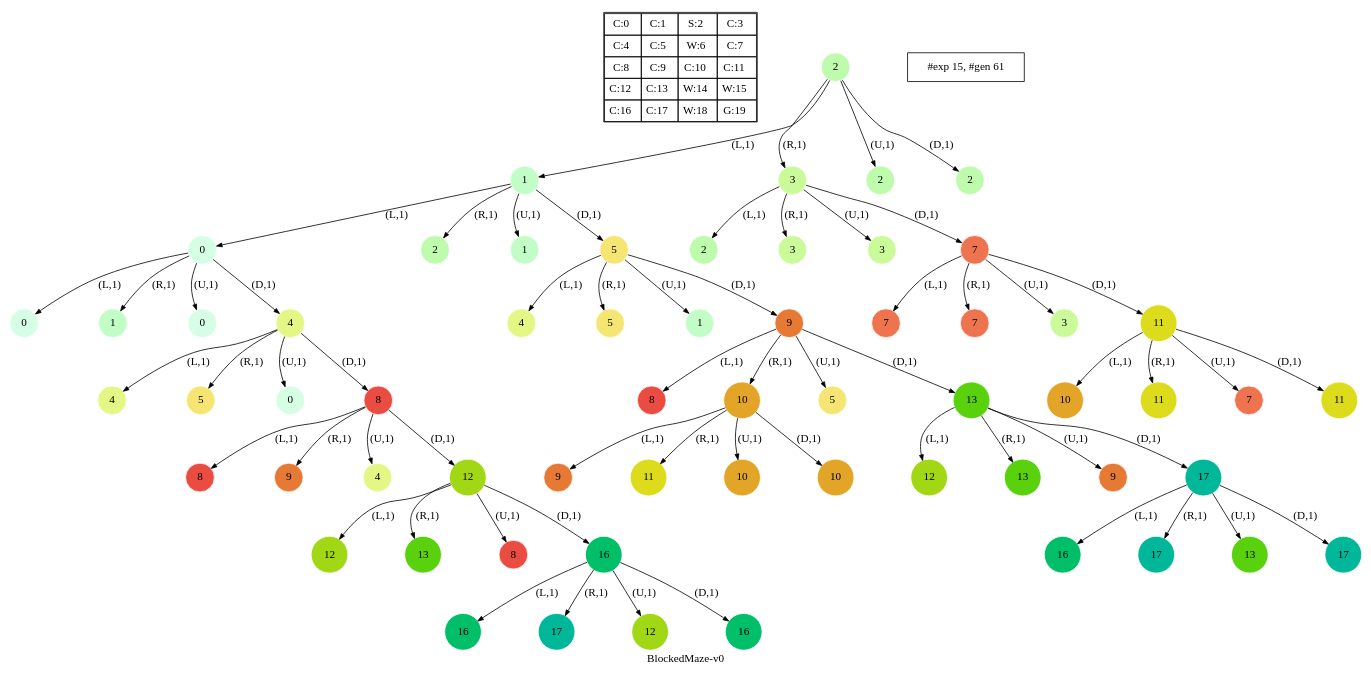
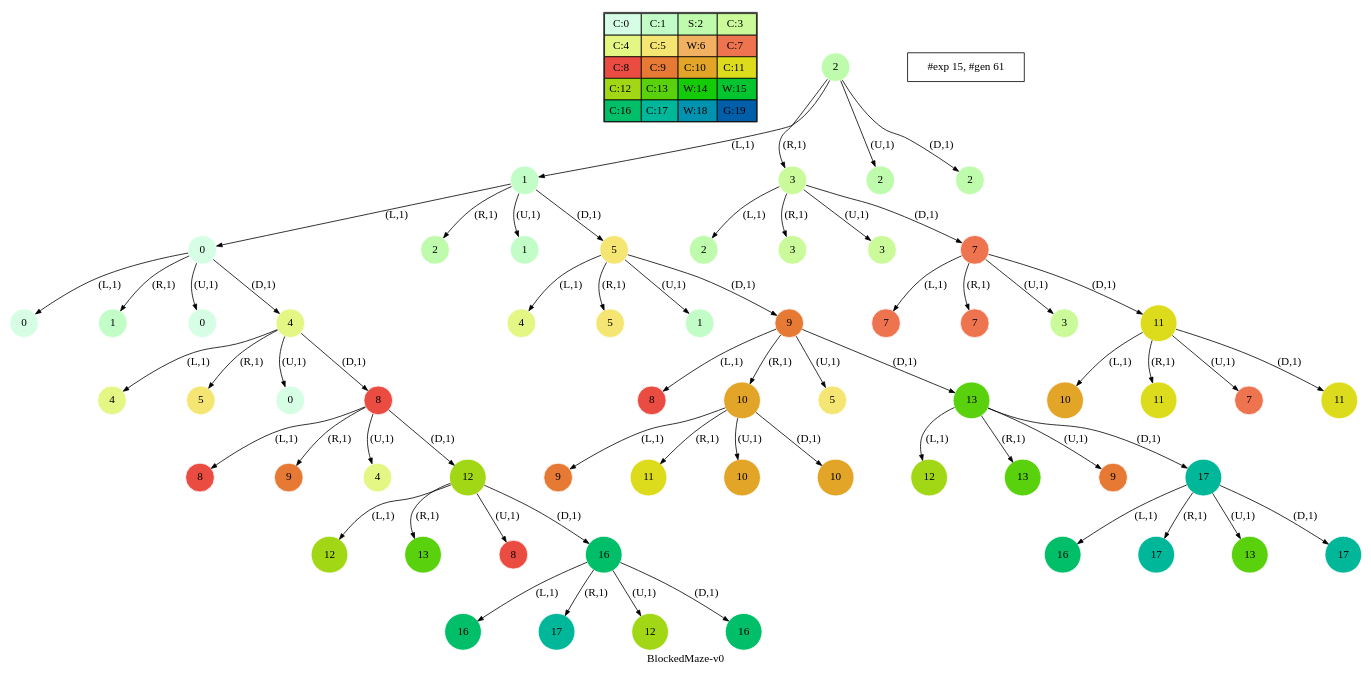
The diagram in viz/public/artifacts/gs/dot/BlockedMaze-v0_ucs.dot (blasco991/AI), drawn with Graphviz before and after one commit. The commit also changed 47 other files, not shown here.

```diff
--- a/viz/public/artifacts/gs/dot/BlockedMaze-v0_ucs.dot
+++ b/viz/public/artifacts/gs/dot/BlockedMaze-v0_ucs.dot
@@ -1,65 +1,65 @@
 digraph BlockedMaze { label="BlockedMaze-v0"
-subgraph MAP {label=Map;map [shape=plaintext label=<<table border="1" cellpadding="5" cellspacing="0" cellborder="1"><tr><td>C:0</td><td>C:1</td><td>S:2</td><td>C:3</td></tr><tr><td>C:4</td><td>C:5</td><td>W:6</td><td>C:7</td></tr><tr><td>C:8</td><td>C:9</td><td>C:10</td><td>C:11</td></tr><tr><td>C:12</td><td>C:13</td><td>W:14</td><td>W:15</td></tr><tr><td>C:16</td><td>C:17</td><td>W:18</td><td>G:19</td></tr></table>>]} 
+subgraph MAP {label=Map;map [shape=plaintext label=<<table border="1" cellpadding="5" cellspacing="0" cellborder="1"><tr><td bgcolor="0.39803922 0.15947579 0.99679532 1.        ">C:0</td><td bgcolor="0.35098039 0.23194764 0.99315867 1.        ">C:1</td><td bgcolor="0.29607843 0.31486959 0.98720184 1.        ">S:2</td><td bgcolor="0.24901961 0.38410575 0.98063477 1.        ">C:3</td></tr><tr><td bgcolor="0.19411765 0.46220388 0.97128103 1.        ">C:4</td><td bgcolor="0.14705882 0.52643216 0.96182564 1.        ">C:5</td><td bgcolor="0.09215686 0.59770746 0.94913494 1.        ">W:6</td><td bgcolor="0.0372549  0.66454018 0.93467977 1.        ">C:7</td></tr><tr><td bgcolor="0.00980392 0.71791192 0.92090552 1.        ">C:8</td><td bgcolor="0.06470588 0.77520398 0.9032472  1.        ">C:9</td><td bgcolor="0.11176471 0.81974048 0.88677369 1.        ">C:10</td><td bgcolor="0.16666667 0.8660254  0.8660254  1.        ">C:11</td></tr><tr><td bgcolor="0.21372549 0.9005867  0.84695821 1.        ">C:12</td><td bgcolor="0.26862745 0.93467977 0.82325295 1.        ">C:13</td><td bgcolor="0.32352941 0.96182564 0.79801723 1.        ">W:14</td><td bgcolor="0.37058824 0.97940977 0.77520398 1.        ">W:15</td></tr><tr><td bgcolor="0.4254902  0.99315867 0.74725253 1.        ">C:16</td><td bgcolor="0.47254902 0.99907048 0.72218645 1.        ">C:17</td><td bgcolor="0.52745098 0.99907048 0.69169844 1.        ">W:18</td><td bgcolor="0.5745098  0.99315867 0.66454018 1.        ">G:19</td></tr></table>>]} 
 nodesep=1 ranksep=0.5 node [shape=circle] edge [arrowsize=0.7] 
 "0_2" [label=2 style=filled color=white  fillcolor="0.29607843 0.31486959 0.98720184 1.        "]; 
 "0_2.1-0" [label=1 style=filled color=white  fillcolor="0.35098039 0.23194764 0.99315867 1.        "];  "0_2" -> "0_2.1-0" [label="(L,1)" ]; 
 "0_2.3-1" [label=3 style=filled color=white  fillcolor="0.24901961 0.38410575 0.98063477 1.        "];  "0_2" -> "0_2.3-1" [label="(R,1)" ]; 
 "0_2.2-2" [label=2 style=filled color=white  fillcolor="0.29607843 0.31486959 0.98720184 1.        "];  "0_2" -> "0_2.2-2" [label="(U,1)" ]; 
 "0_2.2-3" [label=2 style=filled color=white  fillcolor="0.29607843 0.31486959 0.98720184 1.        "];  "0_2" -> "0_2.2-3" [label="(D,1)" ]; 
 "0_2.1.0-0" [label=0 style=filled color=white  fillcolor="0.39803922 0.15947579 0.99679532 1.        "];  "0_2.1-0" -> "0_2.1.0-0" [label="(L,1)" ]; 
 "0_2.1.2-1" [label=2 style=filled color=white  fillcolor="0.29607843 0.31486959 0.98720184 1.        "];  "0_2.1-0" -> "0_2.1.2-1" [label="(R,1)" ]; 
 "0_2.1.1-2" [label=1 style=filled color=white  fillcolor="0.35098039 0.23194764 0.99315867 1.        "];  "0_2.1-0" -> "0_2.1.1-2" [label="(U,1)" ]; 
 "0_2.1.5-3" [label=5 style=filled color=white  fillcolor="0.14705882 0.52643216 0.96182564 1.        "];  "0_2.1-0" -> "0_2.1.5-3" [label="(D,1)" ]; 
 "0_2.3.2-0" [label=2 style=filled color=white  fillcolor="0.29607843 0.31486959 0.98720184 1.        "];  "0_2.3-1" -> "0_2.3.2-0" [label="(L,1)" ]; 
 "0_2.3.3-1" [label=3 style=filled color=white  fillcolor="0.24901961 0.38410575 0.98063477 1.        "];  "0_2.3-1" -> "0_2.3.3-1" [label="(R,1)" ]; 
 "0_2.3.3-2" [label=3 style=filled color=white  fillcolor="0.24901961 0.38410575 0.98063477 1.        "];  "0_2.3-1" -> "0_2.3.3-2" [label="(U,1)" ]; 
 "0_2.3.7-3" [label=7 style=filled color=white  fillcolor="0.0372549  0.66454018 0.93467977 1.        "];  "0_2.3-1" -> "0_2.3.7-3" [label="(D,1)" ]; 
 "0_2.1.0.0-0" [label=0 style=filled color=white  fillcolor="0.39803922 0.15947579 0.99679532 1.        "];  "0_2.1.0-0" -> "0_2.1.0.0-0" [label="(L,1)" ]; 
 "0_2.1.0.1-1" [label=1 style=filled color=white  fillcolor="0.35098039 0.23194764 0.99315867 1.        "];  "0_2.1.0-0" -> "0_2.1.0.1-1" [label="(R,1)" ]; 
 "0_2.1.0.0-2" [label=0 style=filled color=white  fillcolor="0.39803922 0.15947579 0.99679532 1.        "];  "0_2.1.0-0" -> "0_2.1.0.0-2" [label="(U,1)" ]; 
 "0_2.1.0.4-3" [label=4 style=filled color=white  fillcolor="0.19411765 0.46220388 0.97128103 1.        "];  "0_2.1.0-0" -> "0_2.1.0.4-3" [label="(D,1)" ]; 
 "0_2.1.5.4-0" [label=4 style=filled color=white  fillcolor="0.19411765 0.46220388 0.97128103 1.        "];  "0_2.1.5-3" -> "0_2.1.5.4-0" [label="(L,1)" ]; 
 "0_2.1.5.5-1" [label=5 style=filled color=white  fillcolor="0.14705882 0.52643216 0.96182564 1.        "];  "0_2.1.5-3" -> "0_2.1.5.5-1" [label="(R,1)" ]; 
 "0_2.1.5.1-2" [label=1 style=filled color=white  fillcolor="0.35098039 0.23194764 0.99315867 1.        "];  "0_2.1.5-3" -> "0_2.1.5.1-2" [label="(U,1)" ]; 
 "0_2.1.5.9-3" [label=9 style=filled color=white  fillcolor="0.06470588 0.77520398 0.9032472  1.        "];  "0_2.1.5-3" -> "0_2.1.5.9-3" [label="(D,1)" ]; 
 "0_2.3.7.7-0" [label=7 style=filled color=white  fillcolor="0.0372549  0.66454018 0.93467977 1.        "];  "0_2.3.7-3" -> "0_2.3.7.7-0" [label="(L,1)" ]; 
 "0_2.3.7.7-1" [label=7 style=filled color=white  fillcolor="0.0372549  0.66454018 0.93467977 1.        "];  "0_2.3.7-3" -> "0_2.3.7.7-1" [label="(R,1)" ]; 
 "0_2.3.7.3-2" [label=3 style=filled color=white  fillcolor="0.24901961 0.38410575 0.98063477 1.        "];  "0_2.3.7-3" -> "0_2.3.7.3-2" [label="(U,1)" ]; 
 "0_2.3.7.11-3" [label=11 style=filled color=white  fillcolor="0.16666667 0.8660254  0.8660254  1.        "];  "0_2.3.7-3" -> "0_2.3.7.11-3" [label="(D,1)" ]; 
 "0_2.1.0.4.4-0" [label=4 style=filled color=white  fillcolor="0.19411765 0.46220388 0.97128103 1.        "];  "0_2.1.0.4-3" -> "0_2.1.0.4.4-0" [label="(L,1)" ]; 
 "0_2.1.0.4.5-1" [label=5 style=filled color=white  fillcolor="0.14705882 0.52643216 0.96182564 1.        "];  "0_2.1.0.4-3" -> "0_2.1.0.4.5-1" [label="(R,1)" ]; 
 "0_2.1.0.4.0-2" [label=0 style=filled color=white  fillcolor="0.39803922 0.15947579 0.99679532 1.        "];  "0_2.1.0.4-3" -> "0_2.1.0.4.0-2" [label="(U,1)" ]; 
 "0_2.1.0.4.8-3" [label=8 style=filled color=white  fillcolor="0.00980392 0.71791192 0.92090552 1.        "];  "0_2.1.0.4-3" -> "0_2.1.0.4.8-3" [label="(D,1)" ]; 
 "0_2.1.5.9.8-0" [label=8 style=filled color=white  fillcolor="0.00980392 0.71791192 0.92090552 1.        "];  "0_2.1.5.9-3" -> "0_2.1.5.9.8-0" [label="(L,1)" ]; 
 "0_2.1.5.9.10-1" [label=10 style=filled color=white  fillcolor="0.11176471 0.81974048 0.88677369 1.        "];  "0_2.1.5.9-3" -> "0_2.1.5.9.10-1" [label="(R,1)" ]; 
 "0_2.1.5.9.5-2" [label=5 style=filled color=white  fillcolor="0.14705882 0.52643216 0.96182564 1.        "];  "0_2.1.5.9-3" -> "0_2.1.5.9.5-2" [label="(U,1)" ]; 
 "0_2.1.5.9.13-3" [label=13 style=filled color=white  fillcolor="0.26862745 0.93467977 0.82325295 1.        "];  "0_2.1.5.9-3" -> "0_2.1.5.9.13-3" [label="(D,1)" ]; 
 "0_2.3.7.11.10-0" [label=10 style=filled color=white  fillcolor="0.11176471 0.81974048 0.88677369 1.        "];  "0_2.3.7.11-3" -> "0_2.3.7.11.10-0" [label="(L,1)" ]; 
 "0_2.3.7.11.11-1" [label=11 style=filled color=white  fillcolor="0.16666667 0.8660254  0.8660254  1.        "];  "0_2.3.7.11-3" -> "0_2.3.7.11.11-1" [label="(R,1)" ]; 
 "0_2.3.7.11.7-2" [label=7 style=filled color=white  fillcolor="0.0372549  0.66454018 0.93467977 1.        "];  "0_2.3.7.11-3" -> "0_2.3.7.11.7-2" [label="(U,1)" ]; 
 "0_2.3.7.11.11-3" [label=11 style=filled color=white  fillcolor="0.16666667 0.8660254  0.8660254  1.        "];  "0_2.3.7.11-3" -> "0_2.3.7.11.11-3" [label="(D,1)" ]; 
 "0_2.1.5.9.10.9-0" [label=9 style=filled color=white  fillcolor="0.06470588 0.77520398 0.9032472  1.        "];  "0_2.1.5.9.10-1" -> "0_2.1.5.9.10.9-0" [label="(L,1)" ]; 
 "0_2.1.5.9.10.11-1" [label=11 style=filled color=white  fillcolor="0.16666667 0.8660254  0.8660254  1.        "];  "0_2.1.5.9.10-1" -> "0_2.1.5.9.10.11-1" [label="(R,1)" ]; 
 "0_2.1.5.9.10.10-2" [label=10 style=filled color=white  fillcolor="0.11176471 0.81974048 0.88677369 1.        "];  "0_2.1.5.9.10-1" -> "0_2.1.5.9.10.10-2" [label="(U,1)" ]; 
 "0_2.1.5.9.10.10-3" [label=10 style=filled color=white  fillcolor="0.11176471 0.81974048 0.88677369 1.        "];  "0_2.1.5.9.10-1" -> "0_2.1.5.9.10.10-3" [label="(D,1)" ]; 
 "0_2.1.0.4.8.8-0" [label=8 style=filled color=white  fillcolor="0.00980392 0.71791192 0.92090552 1.        "];  "0_2.1.0.4.8-3" -> "0_2.1.0.4.8.8-0" [label="(L,1)" ]; 
 "0_2.1.0.4.8.9-1" [label=9 style=filled color=white  fillcolor="0.06470588 0.77520398 0.9032472  1.        "];  "0_2.1.0.4.8-3" -> "0_2.1.0.4.8.9-1" [label="(R,1)" ]; 
 "0_2.1.0.4.8.4-2" [label=4 style=filled color=white  fillcolor="0.19411765 0.46220388 0.97128103 1.        "];  "0_2.1.0.4.8-3" -> "0_2.1.0.4.8.4-2" [label="(U,1)" ]; 
 "0_2.1.0.4.8.12-3" [label=12 style=filled color=white  fillcolor="0.21372549 0.9005867  0.84695821 1.        "];  "0_2.1.0.4.8-3" -> "0_2.1.0.4.8.12-3" [label="(D,1)" ]; 
 "0_2.1.5.9.13.12-0" [label=12 style=filled color=white  fillcolor="0.21372549 0.9005867  0.84695821 1.        "];  "0_2.1.5.9.13-3" -> "0_2.1.5.9.13.12-0" [label="(L,1)" ]; 
 "0_2.1.5.9.13.13-1" [label=13 style=filled color=white  fillcolor="0.26862745 0.93467977 0.82325295 1.        "];  "0_2.1.5.9.13-3" -> "0_2.1.5.9.13.13-1" [label="(R,1)" ]; 
 "0_2.1.5.9.13.9-2" [label=9 style=filled color=white  fillcolor="0.06470588 0.77520398 0.9032472  1.        "];  "0_2.1.5.9.13-3" -> "0_2.1.5.9.13.9-2" [label="(U,1)" ]; 
 "0_2.1.5.9.13.17-3" [label=17 style=filled color=white  fillcolor="0.47254902 0.99907048 0.72218645 1.        "];  "0_2.1.5.9.13-3" -> "0_2.1.5.9.13.17-3" [label="(D,1)" ]; 
 "0_2.1.0.4.8.12.12-0" [label=12 style=filled color=white  fillcolor="0.21372549 0.9005867  0.84695821 1.        "];  "0_2.1.0.4.8.12-3" -> "0_2.1.0.4.8.12.12-0" [label="(L,1)" ]; 
 "0_2.1.0.4.8.12.13-1" [label=13 style=filled color=white  fillcolor="0.26862745 0.93467977 0.82325295 1.        "];  "0_2.1.0.4.8.12-3" -> "0_2.1.0.4.8.12.13-1" [label="(R,1)" ]; 
 "0_2.1.0.4.8.12.8-2" [label=8 style=filled color=white  fillcolor="0.00980392 0.71791192 0.92090552 1.        "];  "0_2.1.0.4.8.12-3" -> "0_2.1.0.4.8.12.8-2" [label="(U,1)" ]; 
 "0_2.1.0.4.8.12.16-3" [label=16 style=filled color=white  fillcolor="0.4254902  0.99315867 0.74725253 1.        "];  "0_2.1.0.4.8.12-3" -> "0_2.1.0.4.8.12.16-3" [label="(D,1)" ]; 
 "0_2.1.5.9.13.17.16-0" [label=16 style=filled color=white  fillcolor="0.4254902  0.99315867 0.74725253 1.        "];  "0_2.1.5.9.13.17-3" -> "0_2.1.5.9.13.17.16-0" [label="(L,1)" ]; 
 "0_2.1.5.9.13.17.17-1" [label=17 style=filled color=white  fillcolor="0.47254902 0.99907048 0.72218645 1.        "];  "0_2.1.5.9.13.17-3" -> "0_2.1.5.9.13.17.17-1" [label="(R,1)" ]; 
 "0_2.1.5.9.13.17.13-2" [label=13 style=filled color=white  fillcolor="0.26862745 0.93467977 0.82325295 1.        "];  "0_2.1.5.9.13.17-3" -> "0_2.1.5.9.13.17.13-2" [label="(U,1)" ]; 
 "0_2.1.5.9.13.17.17-3" [label=17 style=filled color=white  fillcolor="0.47254902 0.99907048 0.72218645 1.        "];  "0_2.1.5.9.13.17-3" -> "0_2.1.5.9.13.17.17-3" [label="(D,1)" ]; 
 "0_2.1.0.4.8.12.16.16-0" [label=16 style=filled color=white  fillcolor="0.4254902  0.99315867 0.74725253 1.        "];  "0_2.1.0.4.8.12.16-3" -> "0_2.1.0.4.8.12.16.16-0" [label="(L,1)" ]; 
 "0_2.1.0.4.8.12.16.17-1" [label=17 style=filled color=white  fillcolor="0.47254902 0.99907048 0.72218645 1.        "];  "0_2.1.0.4.8.12.16-3" -> "0_2.1.0.4.8.12.16.17-1" [label="(R,1)" ]; 
 "0_2.1.0.4.8.12.16.12-2" [label=12 style=filled color=white  fillcolor="0.21372549 0.9005867  0.84695821 1.        "];  "0_2.1.0.4.8.12.16-3" -> "0_2.1.0.4.8.12.16.12-2" [label="(U,1)" ]; 
 "0_2.1.0.4.8.12.16.16-3" [label=16 style=filled color=white  fillcolor="0.4254902  0.99315867 0.74725253 1.        "];  "0_2.1.0.4.8.12.16-3" -> "0_2.1.0.4.8.12.16.16-3" [label="(D,1)" ];  "#exp 15, #gen 61" [ shape=box ];
 }
```
